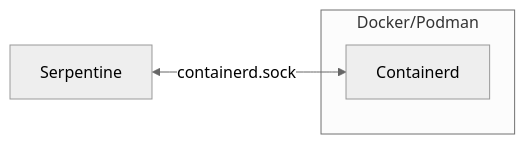
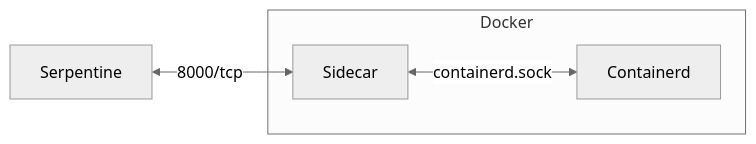
Before and after one commit to Serpent-Tools/serpentine: the first of 4 diagrams in book/src/containerd.md, drawn with Mermaid (neutral theme). The commit also changed other lines of this file and 24 other files, not shown here.

````diff
--- a/book/src/containerd.md
+++ b/book/src/containerd.md
@@ -15,7 +9,7 @@
 ```mermaid
 flowchart LR
-    subgraph Docker/Podman
-        Containerd
+    subgraph Docker 
+        Sidecar <-- containerd.sock --> Containerd
     end
-    Serpentine <-- "containerd.sock" --> Containerd 
+    Serpentine <-- 8000/tcp --> Sidecar
 ```
````
